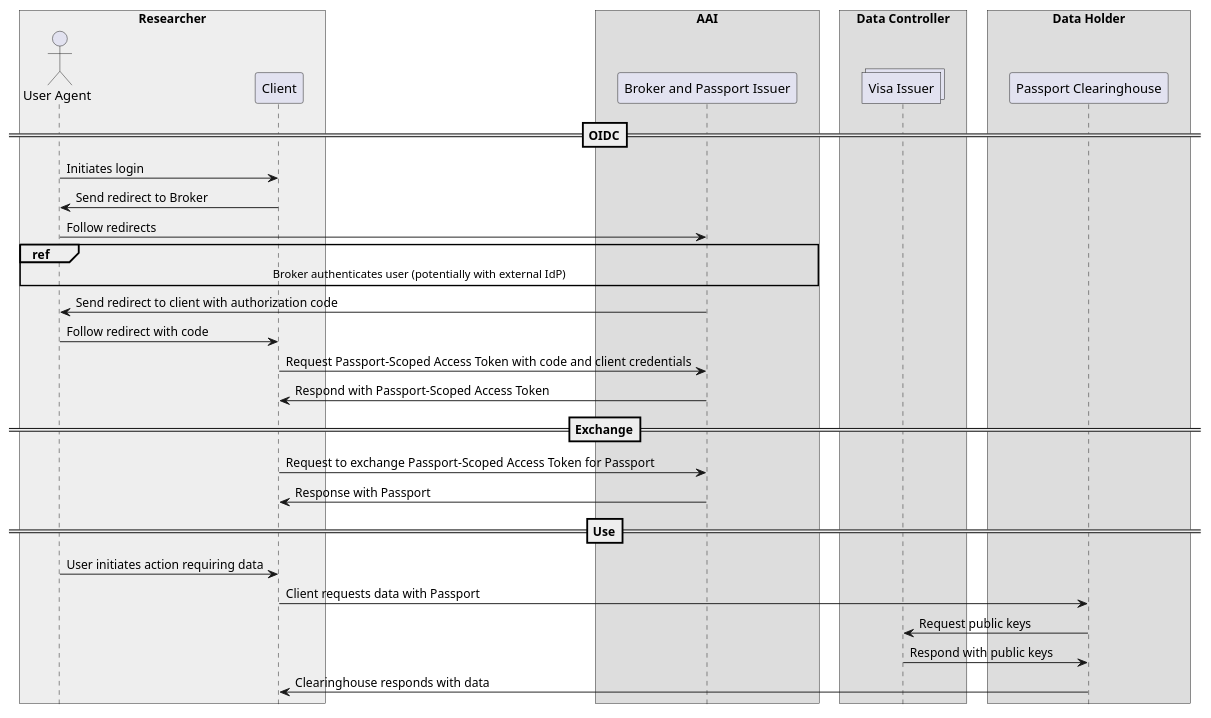
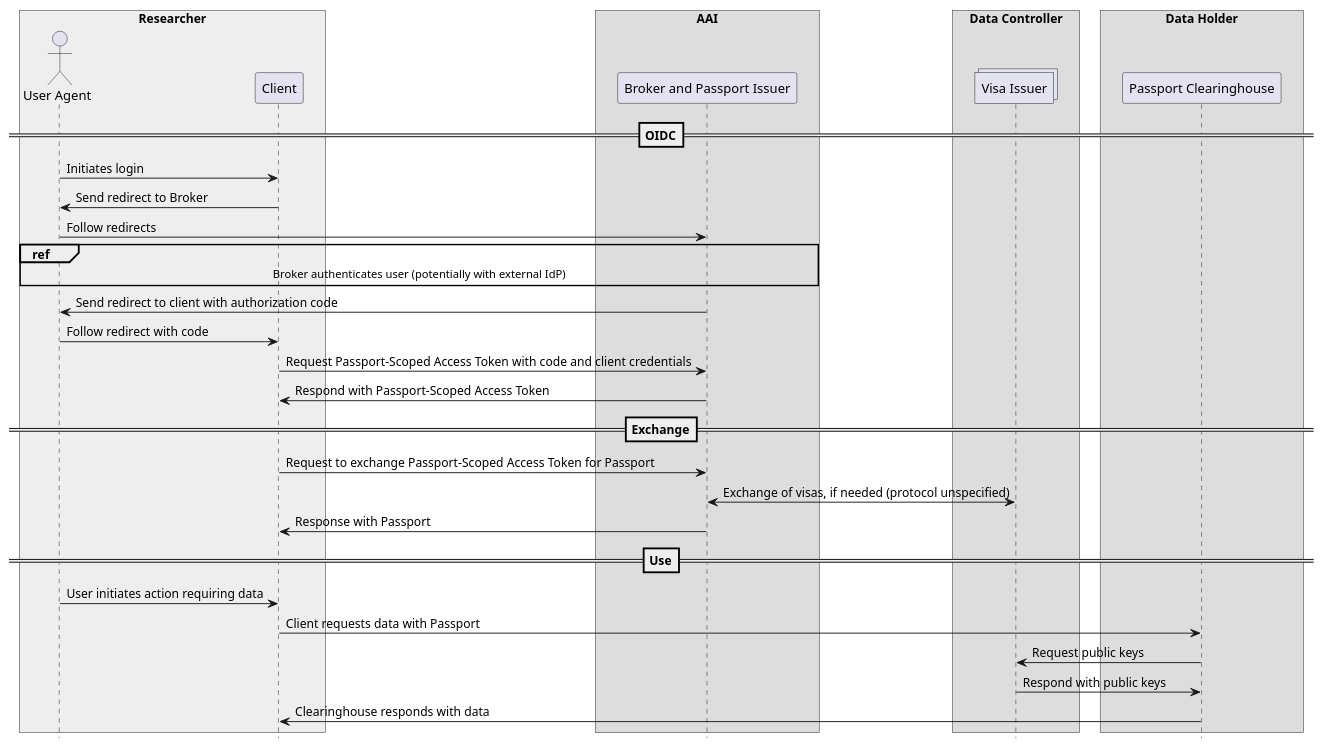
Before and after one commit to ga4gh/data-security: the first of 3 diagrams in AAI/AAIConnectProfile.md, drawn with PlantUML. The commit also changed other lines of this file, not shown here.

```diff
--- a/AAI/AAIConnectProfile.md
+++ b/AAI/AAIConnectProfile.md
@@ -284,50 +278,51 @@
 {% plantuml %}
 
 hide footbox
 skinparam BoxPadding 10
 skinparam ParticipantPadding 20
 
 box "Researcher"  #eee
 actor       "User Agent"                as user
 participant Client                      as client
 end box
 
 box "AAI"
 participant "Broker and Passport Issuer"                      as broker
 end box
 
 box "Data Controller"
 collections "Visa Issuer"            as issuer
 end box
 
 box "Data Holder"
 participant "Passport Clearinghouse"            as clearing
 end box
 
 ==OIDC==
 
 user -> client : Initiates login
 client -> user : Send redirect to Broker
 user -> broker : Follow redirects
 ref over user, client, broker
 Broker authenticates user (potentially with external IdP)
 end ref
 broker -> user : Send redirect to client with authorization code
 user -> client : Follow redirect with code
 client -> broker : Request Passport-Scoped Access Token with code and client credentials
 broker -> client : Respond with Passport-Scoped Access Token
 
 ==Exchange==
 
 client -> broker : Request to exchange Passport-Scoped Access Token for Passport
+broker <-> issuer : Exchange of visas, if needed (protocol unspecified)
 client <- broker : Response with Passport
 
 ==Use==
 
 user -> client : User initiates action requiring data
 client -> clearing : Client requests data with Passport
 clearing -> issuer : Request public keys
 issuer -> clearing : Respond with public keys
 client <- clearing : Clearinghouse responds with data
 
 {% endplantuml %}
```
